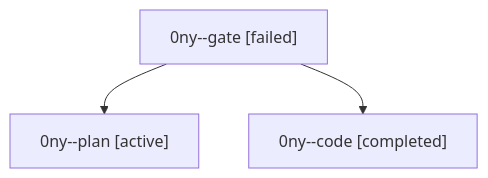
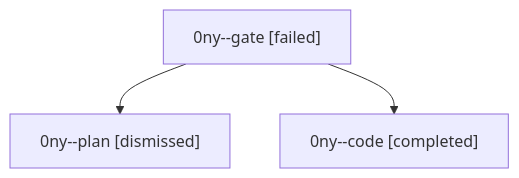
One commit to sase-org/sase--agents changed the diagram in sessions/bbugyi200.athena.0ny.md. Above: the diagram before and after it, drawn with Mermaid. The commit also changed other lines of this file and 24 other files, not shown here.

````diff
--- a/sessions/bbugyi200.athena.0ny.md
+++ b/sessions/bbugyi200.athena.0ny.md
@@ -9,8 +9,8 @@
 ```mermaid
 flowchart TD
   n0["0ny--gate [failed]"]
-  n1["0ny--plan [active]"]
+  n1["0ny--plan [dismissed]"]
   n0 --> n1
   n2["0ny--code [completed]"]
   n0 --> n2
 ```
````
